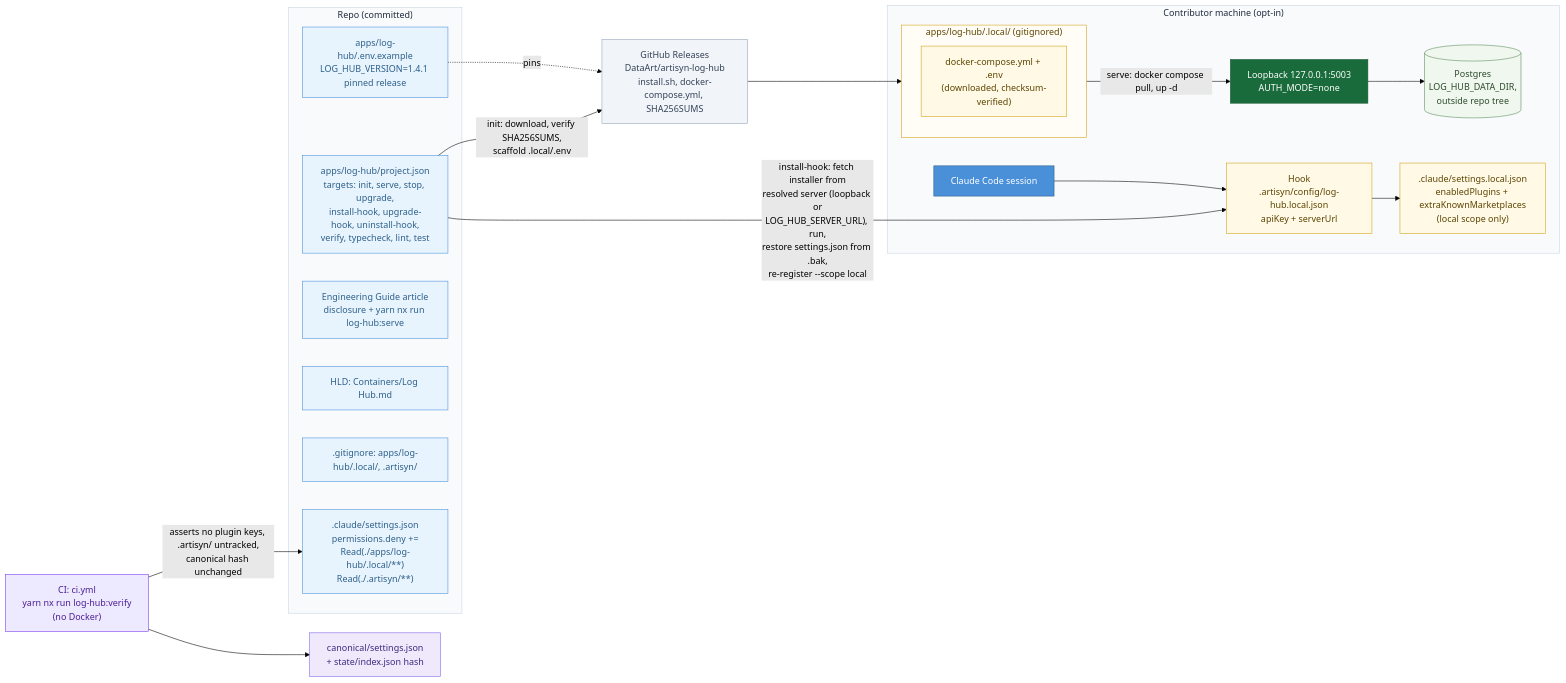
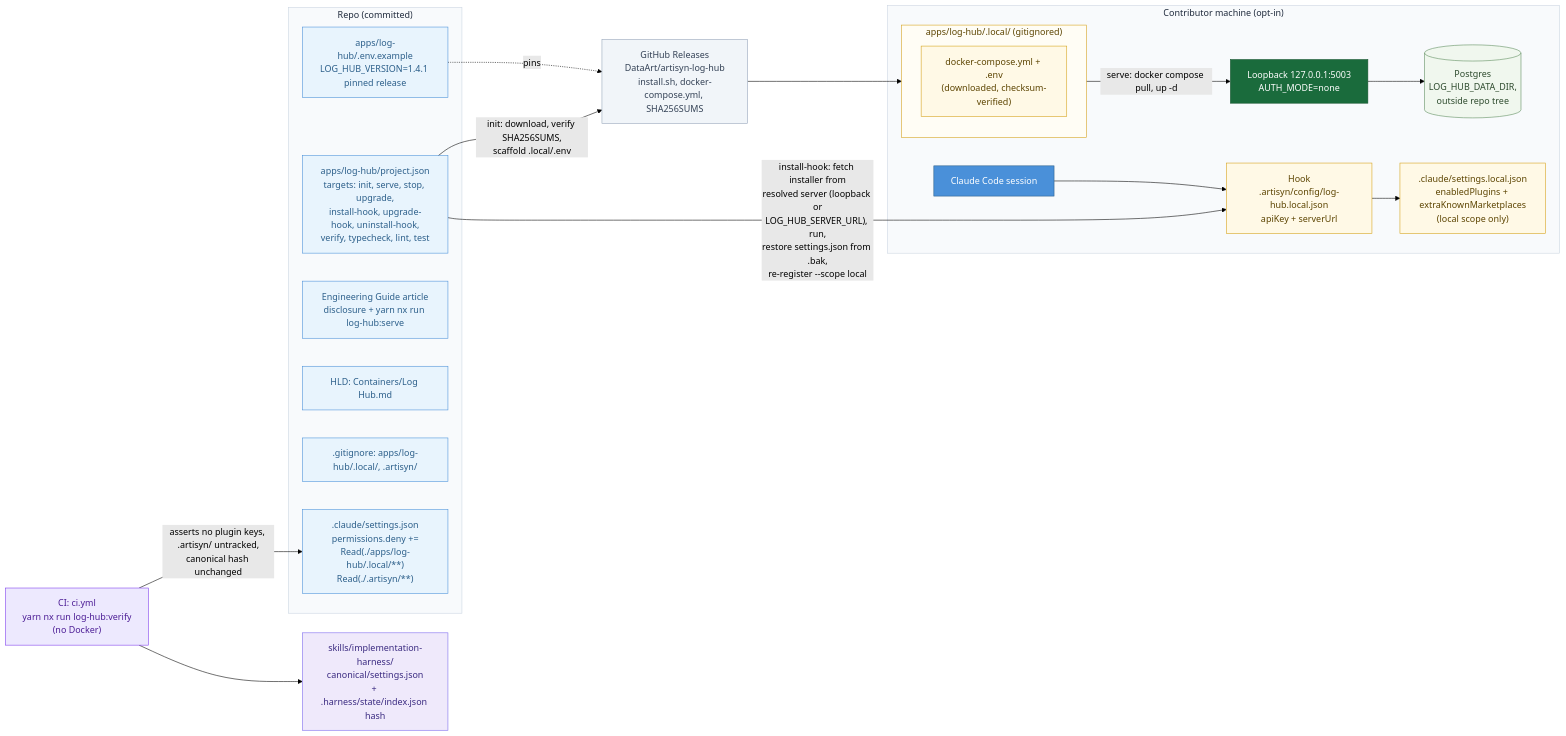
The diagram in docs/Target Architecture (HLD)/v1/Containers/Log Hub.md (DataArt/artisyn-implementation-harness), drawn with Mermaid (forest theme) before and after one commit. The commit also changed other lines of this file and 36 other files, not shown here.

First line of the commit message:
docs(architecture): describe harness distribution, the release pipeline and its runbook

````diff
--- a/docs/Target Architecture (HLD)/v1/Containers/Log Hub.md
+++ b/docs/Target Architecture (HLD)/v1/Containers/Log Hub.md
@@ -13,50 +13,50 @@
 ```mermaid
 flowchart LR
     classDef dev fill:#4A90D9,stroke:#2C5F8A,color:#fff
     classDef repo fill:#E8F4FD,stroke:#4A90D9,color:#2C5F8A
     classDef ignored fill:#FFF9E6,stroke:#D4A017,color:#5C4400
     classDef server fill:#1A6B3C,stroke:#14532D,color:#fff
     classDef store fill:#F0F7EE,stroke:#5A8A5A,color:#2D4A2D
     classDef external fill:#F1F5F9,stroke:#94A3B8,color:#334155
     classDef ci fill:#EDE9FE,stroke:#7C3AED,color:#4c1d95
     classDef canonical fill:#EFE9FB,stroke:#7B68EE,color:#3A2A80
 
     subgraph REPO ["Repo (committed)"]
         PJ["apps/log-hub/project.json\ntargets: init, serve, stop, upgrade,\ninstall-hook, upgrade-hook, uninstall-hook,\nverify, typecheck, lint, test"]:::repo
         VER["apps/log-hub/.env.example\nLOG_HUB_VERSION=1.4.1 pinned release"]:::repo
         GUIDE["Engineering Guide article\ndisclosure + yarn nx run log-hub:serve"]:::repo
         HLDDOC["HLD: Containers/Log Hub.md"]:::repo
         GI[".gitignore: apps/log-hub/.local/, .artisyn/"]:::repo
         DENY[".claude/settings.json\npermissions.deny +=\nRead(./apps/log-hub/.local/**)\nRead(./.artisyn/**)"]:::repo
     end
 
     CI["CI: ci.yml\nyarn nx run log-hub:verify\n(no Docker)"]:::ci
-    CANON["canonical/settings.json\n+ state/index.json hash"]:::canonical
+    CANON["skills/implementation-harness/\ncanonical/settings.json\n+ .harness/state/index.json hash"]:::canonical
 
     GH["GitHub Releases\nDataArt/artisyn-log-hub\ninstall.sh, docker-compose.yml, SHA256SUMS"]:::external
 
     subgraph MACHINE ["Contributor machine (opt-in)"]
         DEV["Claude Code session"]:::dev
         HOOK["Hook\n.artisyn/config/log-hub.local.json\napiKey + serverUrl"]:::ignored
         subgraph LOCALDIR ["apps/log-hub/.local/ (gitignored)"]
             COMPOSE["docker-compose.yml + .env\n(downloaded, checksum-verified)"]:::ignored
         end
         LB["Loopback 127.0.0.1:5003\nAUTH_MODE=none"]:::server
         PG[("Postgres\nLOG_HUB_DATA_DIR,\noutside repo tree")]:::store
         SL[".claude/settings.local.json\nenabledPlugins + extraKnownMarketplaces\n(local scope only)"]:::ignored
     end
 
     PJ -->|"init: download, verify SHA256SUMS,\nscaffold .local/.env"| GH
     GH --> LOCALDIR
     LOCALDIR -->|"serve: docker compose pull, up -d"| LB --> PG
     PJ -->|"install-hook: fetch installer from\nresolved server (loopback or\nLOG_HUB_SERVER_URL), run,\nrestore settings.json from .bak,\nre-register --scope local"| HOOK
     HOOK --> SL
     DEV --> HOOK
     CI -->|"asserts no plugin keys, .artisyn/ untracked,\ncanonical hash unchanged"| DENY
     CI --> CANON
     VER -.->|"pins"| GH
 
     style REPO fill:#F8FAFC,stroke:#CBD5E1,color:#1E293B
     style MACHINE fill:#F8FAFC,stroke:#CBD5E1,color:#1E293B
     style LOCALDIR fill:#FFFDF5,stroke:#D4A017,color:#5C4400
 ```
````
